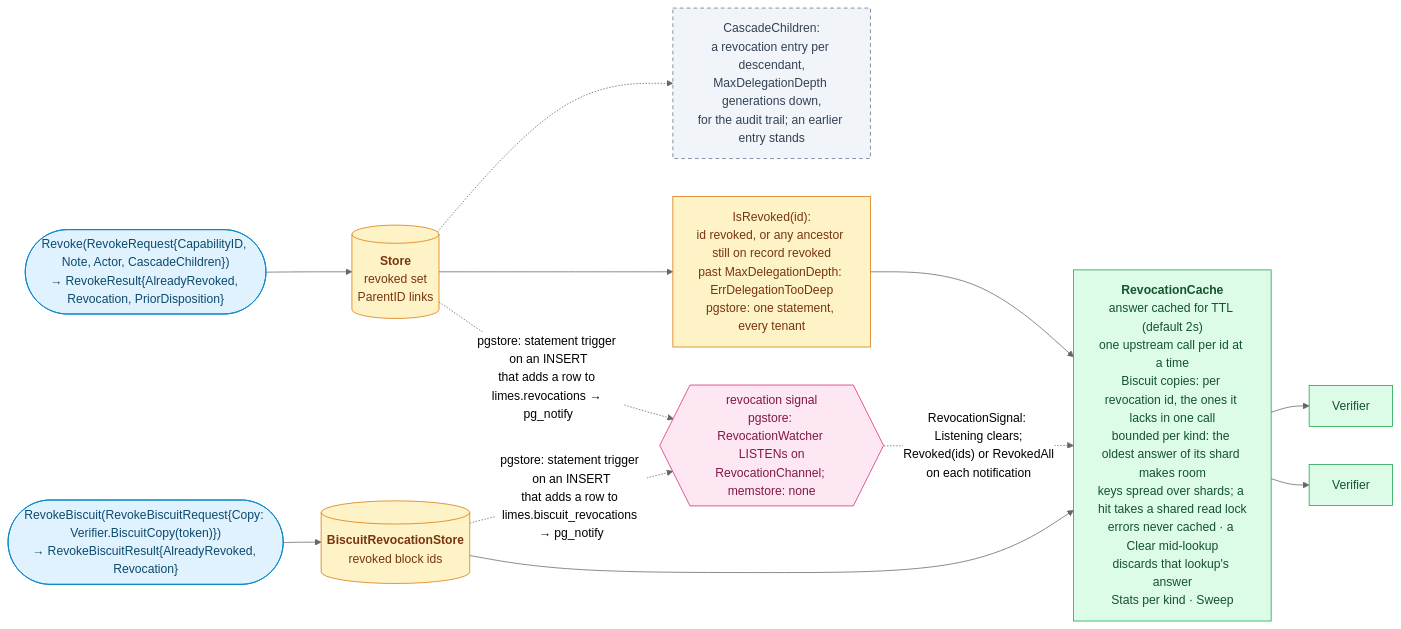
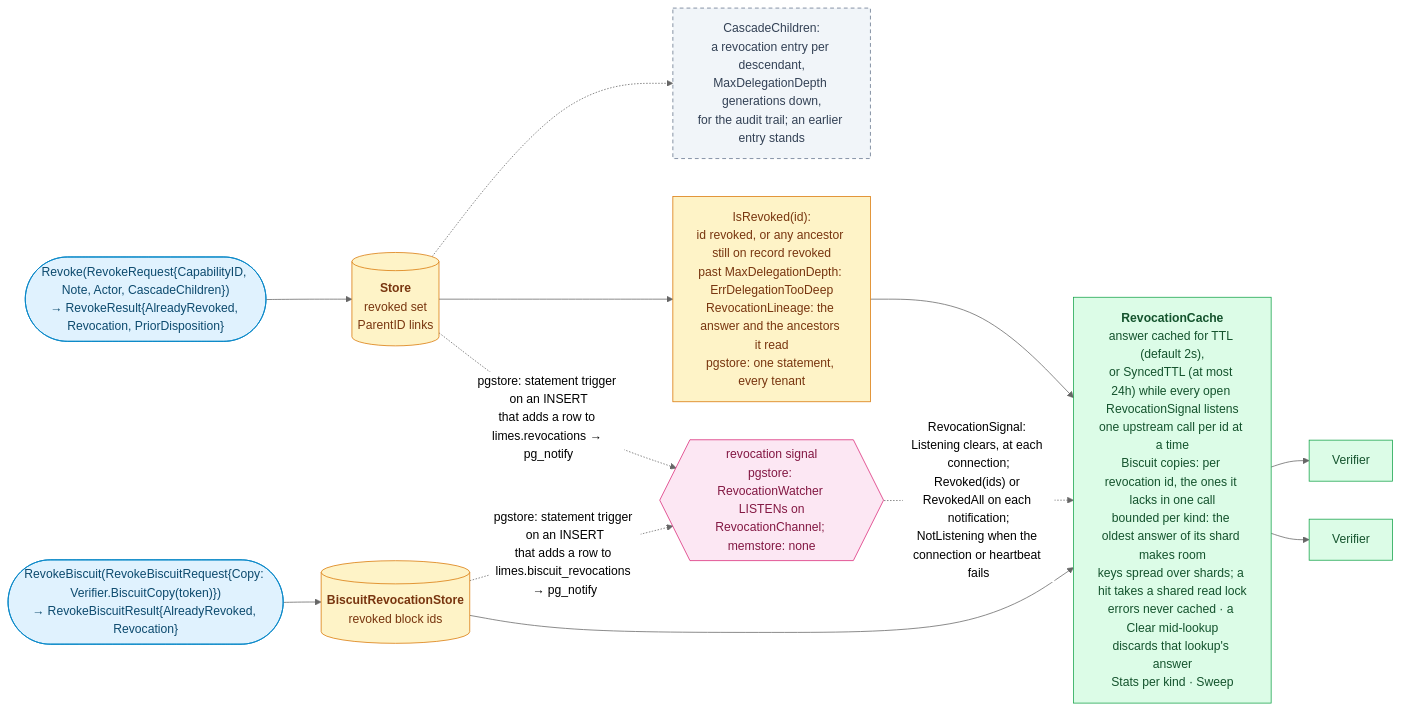
Before and after one commit to oleg-tkachuk/limes: diagram 11 of 13 in docs/diagrams.md, drawn with Mermaid (neutral theme). The commit also changed other lines of this file, not shown here.

First line of the commit message:
docs(diagrams): match the diagrams to the code they draw

````diff
--- a/docs/diagrams.md
+++ b/docs/diagrams.md
@@ -894,34 +896,34 @@
 ```mermaid
 flowchart LR
     op(["Revoke(RevokeRequest{CapabilityID, Note, Actor, CascadeChildren})<br/>→ RevokeResult{AlreadyRevoked, Revocation, PriorDisposition}"])
     store[("<b>Store</b><br/>revoked set<br/>ParentID links")]
     cascade["CascadeChildren:<br/>a revocation entry per descendant,<br/>MaxDelegationDepth generations down,<br/>for the audit trail; an earlier entry stands"]
-    chain["IsRevoked(id):<br/>id revoked, or any ancestor still on record revoked<br/>past MaxDelegationDepth: ErrDelegationTooDeep<br/>pgstore: one statement, every tenant"]
-    cache["<b>RevocationCache</b><br/>answer cached for TTL (default 2s)<br/>one upstream call per id at a time<br/>Biscuit copies: per revocation id, the ones it lacks in one call<br/>bounded per kind: the oldest answer of its shard makes room<br/>keys spread over shards; a hit takes a shared read lock<br/>errors never cached · a Clear mid-lookup<br/>discards that lookup's answer<br/>Stats per kind · Sweep"]
+    chain["IsRevoked(id):<br/>id revoked, or any ancestor still on record revoked<br/>past MaxDelegationDepth: ErrDelegationTooDeep<br/>RevocationLineage: the answer and the ancestors it read<br/>pgstore: one statement, every tenant"]
+    cache["<b>RevocationCache</b><br/>answer cached for TTL (default 2s),<br/>or SyncedTTL (at most 24h) while every open RevocationSignal listens<br/>one upstream call per id at a time<br/>Biscuit copies: per revocation id, the ones it lacks in one call<br/>bounded per kind: the oldest answer of its shard makes room<br/>keys spread over shards; a hit takes a shared read lock<br/>errors never cached · a Clear mid-lookup<br/>discards that lookup's answer<br/>Stats per kind · Sweep"]
     notify{{"revocation signal<br/>pgstore: RevocationWatcher LISTENs on<br/>RevocationChannel; memstore: none"}}
     bop(["RevokeBiscuit(RevokeBiscuitRequest{Copy: Verifier.BiscuitCopy(token)})<br/>→ RevokeBiscuitResult{AlreadyRevoked, Revocation}"])
     blist[("<b>BiscuitRevocationStore</b><br/>revoked block ids")]
     v1["Verifier"]
     v2["Verifier"]
 
     op --> store
     store -.-> cascade
     store --> chain --> cache
     cache --> v1
     cache --> v2
     store -. "pgstore: statement trigger on an INSERT<br/>that adds a row to limes.revocations → pg_notify" .-> notify
     blist -. "pgstore: statement trigger on an INSERT<br/>that adds a row to limes.biscuit_revocations → pg_notify" .-> notify
-    notify -. "RevocationSignal: Listening clears;<br/>Revoked(ids) or RevokedAll<br/>on each notification" .-> cache
+    notify -. "RevocationSignal: Listening clears, at each connection;<br/>Revoked(ids) or RevokedAll on each notification;<br/>NotListening when the connection or heartbeat fails" .-> cache
     bop --> blist --> cache
 
     classDef client fill:#E0F2FE,stroke:#0284C7,color:#0C4A6E
     classDef role fill:#DCFCE7,stroke:#16A34A,color:#14532D
     classDef optional fill:#F1F5F9,stroke:#64748B,color:#334155,stroke-dasharray:5 4
     classDef store fill:#FEF3C7,stroke:#D97706,color:#78350F
     classDef external fill:#FCE7F3,stroke:#DB2777,color:#831843
     class op,bop client
     class v1,v2,cache role
     class cascade optional
     class store,chain,blist store
     class notify external
 ```
````
